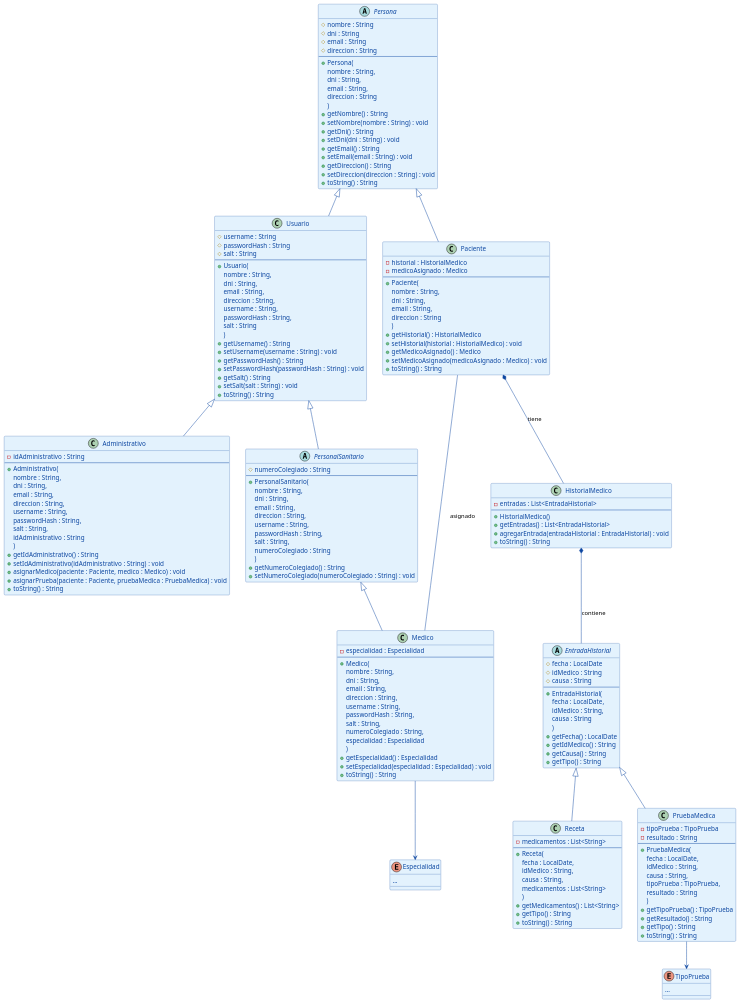
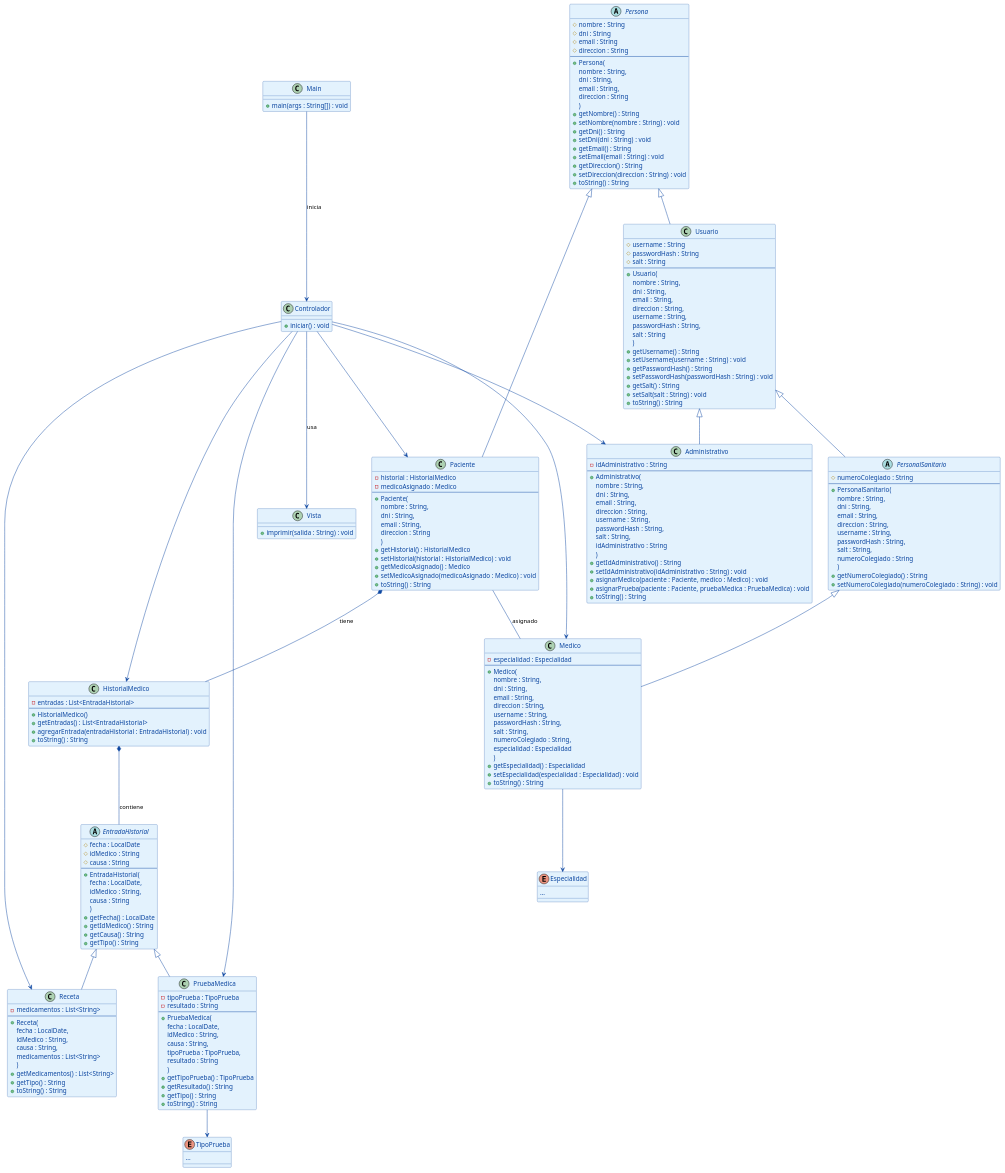
Before and after one commit to NoPinguino/ProyectoSecMed: the diagram in diagrama.puml, drawn with PlantUML. The commit also changed 7 other files, not shown here.

Commit message:
IMPLEMENTACIONES NUEVAS - UML actualizado con controlador, vista y main

```diff
--- a/diagrama.puml
+++ b/diagrama.puml
@@ -232,6 +232,25 @@
     ENDOSCOPIA
 '/
 
+class Main {
+    + main(args : String[]) : void
+}
+
+' MAIN LLAMA A CONTROLADOR:
+Main --> Controlador : inicia
+
+class Controlador {
+    + iniciar() : void
+}
+
+' VISTA ES SOLO EJECUTADA POR CONTROLADOR:
+
+Controlador --> Vista : usa
+
+class Vista {
+    + imprimir(salida : String) : void
+}
+
 ' RELACIONES DE HERENCIA:
 Persona <|-- Usuario
 Persona <|-- Paciente
@@ -247,5 +266,12 @@
 ' ENUMS:
 Medico --> Especialidad
 PruebaMedica --> TipoPrueba
+' RELACIONES EN EL CONTROLADOR:
+Controlador --> Administrativo
+Controlador --> Medico
+Controlador --> Paciente
+Controlador --> PruebaMedica
+Controlador --> Receta
+Controlador --> HistorialMedico
 
 @enduml
```
